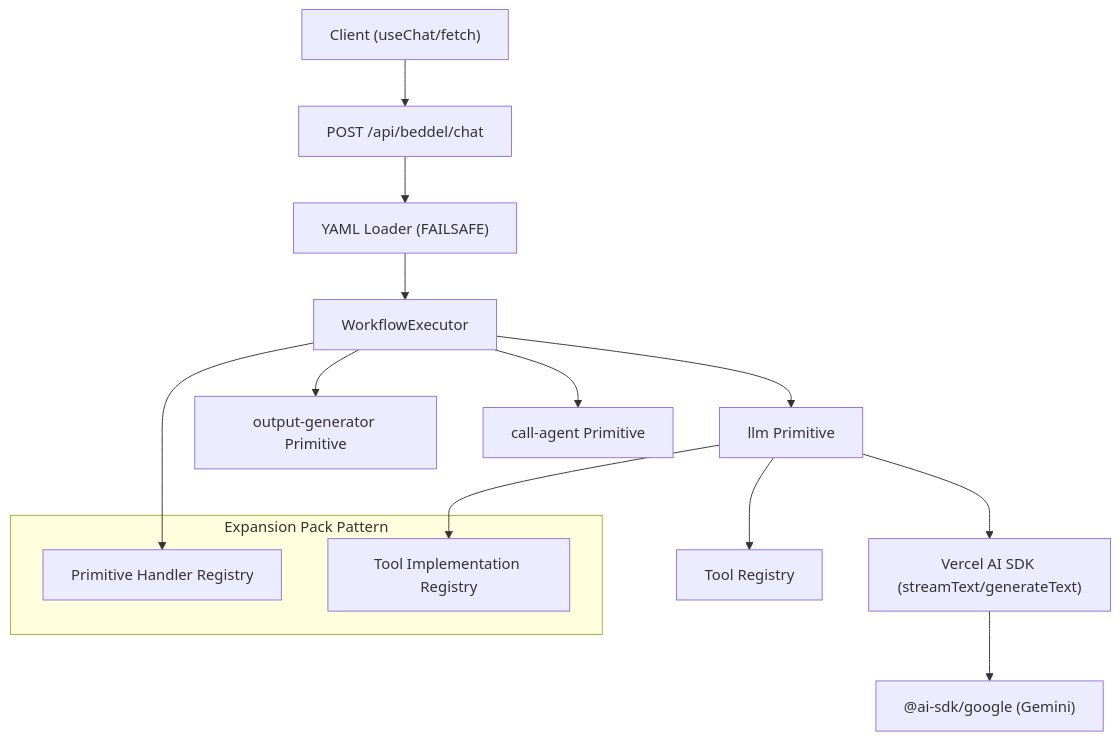
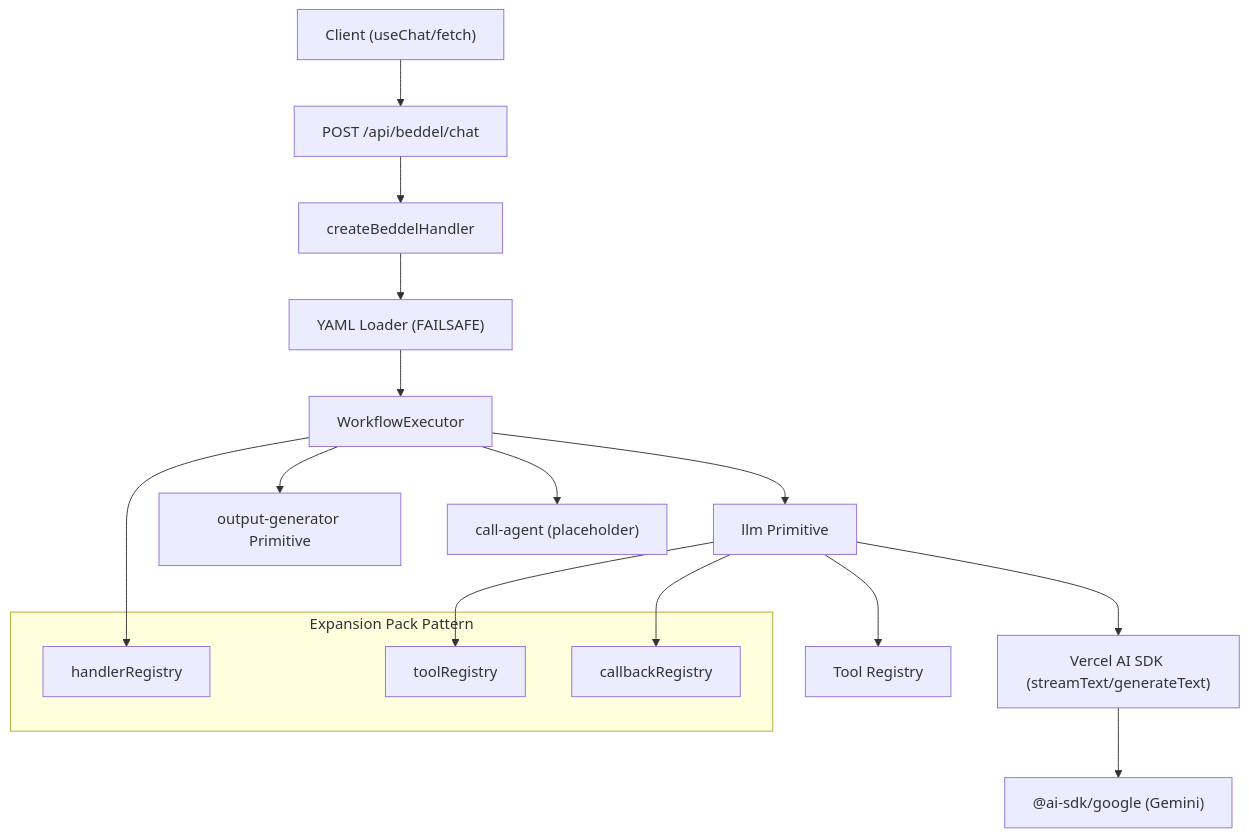
Before and after one commit to botanarede/beddel-chat: the diagram in packages/beddel/docs/architecture/high-level-architecture.md, drawn with Mermaid. The commit also changed other lines of this file and 43 other files, not shown here.

````diff
--- a/packages/beddel/docs/architecture/high-level-architecture.md
+++ b/packages/beddel/docs/architecture/high-level-architecture.md
@@ -20,20 +36,23 @@
 ```mermaid
 graph TD
     Client["Client (useChat/fetch)"] --> API["POST /api/beddel/chat"]
-    API --> Loader["YAML Loader (FAILSAFE)"]
+    API --> Handler["createBeddelHandler"]
+    Handler --> Loader["YAML Loader (FAILSAFE)"]
     Loader --> Executor["WorkflowExecutor"]
     Executor --> LLM["llm Primitive"]
     Executor --> Output["output-generator Primitive"]
-    Executor --> CallAgent["call-agent Primitive"]
+    Executor --> CallAgent["call-agent (placeholder)"]
     LLM --> SDK["Vercel AI SDK (streamText/generateText)"]
     SDK --> Provider["@ai-sdk/google (Gemini)"]
     LLM --> Tools["Tool Registry"]
     
     subgraph "Expansion Pack Pattern"
-        PrimitiveRegistry["Primitive Handler Registry"]
-        ToolRegistry["Tool Implementation Registry"]
+        PrimitiveRegistry["handlerRegistry"]
+        ToolRegistry["toolRegistry"]
+        CallbackRegistry["callbackRegistry"]
     end
     
     Executor --> PrimitiveRegistry
     LLM --> ToolRegistry
+    LLM --> CallbackRegistry
 ```
````
